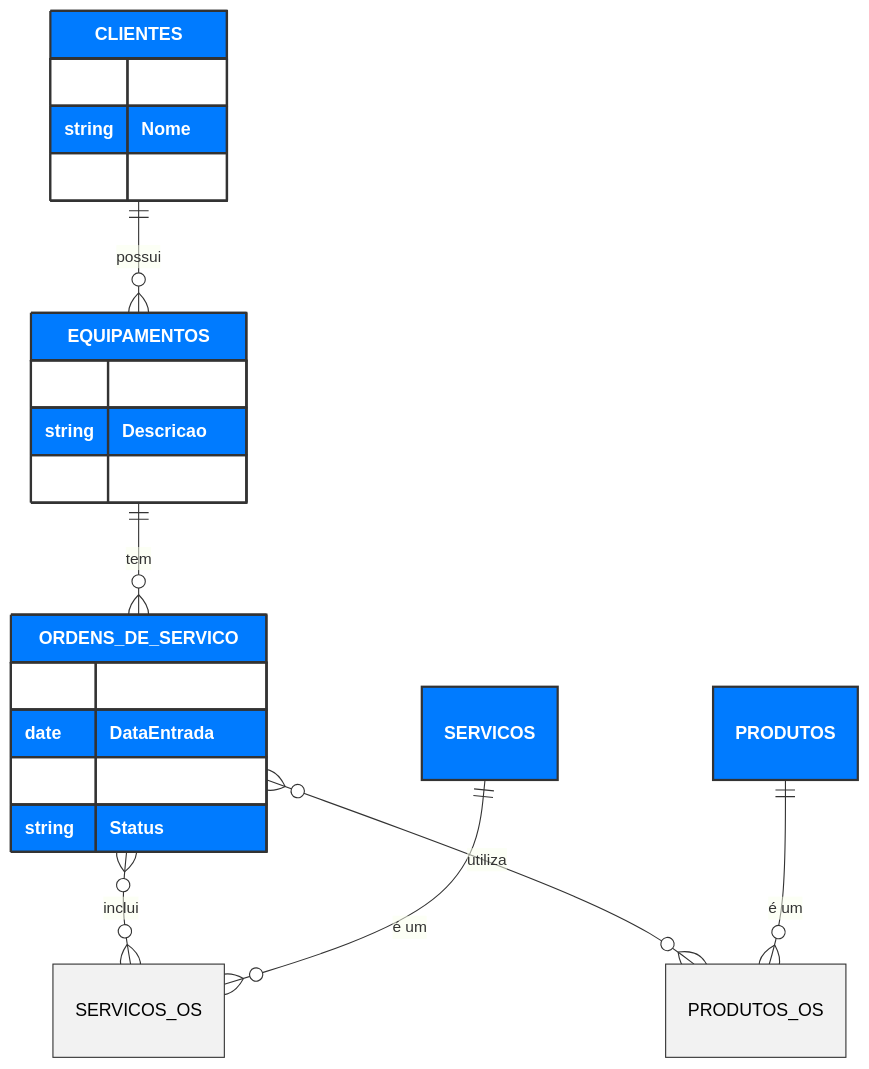
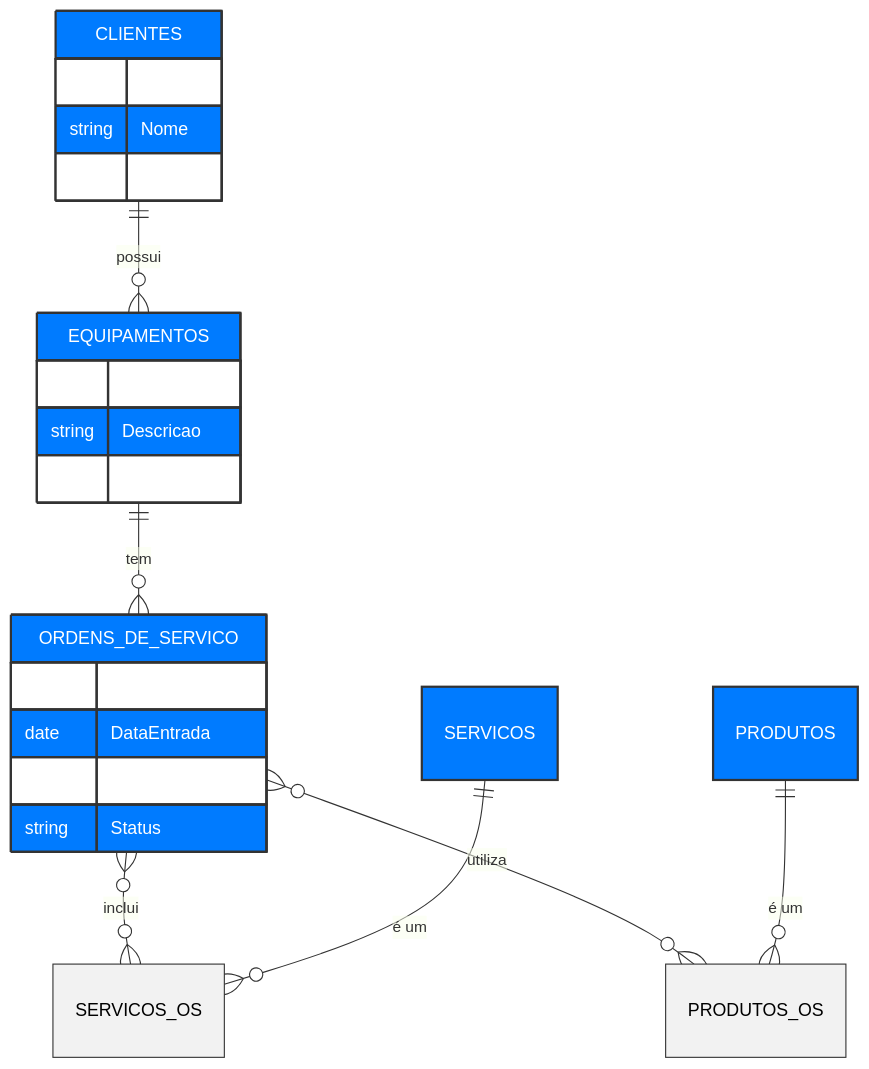
One commit to Naasso/Sistema-de-Gest-o-Empresarial-Full-Stack changed the second of 3 diagrams in README.md. Above: the diagram before and after it, drawn with Mermaid.

````diff
--- a/README.md
+++ b/README.md
@@ -118,36 +118,36 @@
 ```mermaid
 erDiagram
     CLIENTES ||--o{ EQUIPAMENTOS : "possui"
     EQUIPAMENTOS ||--o{ ORDENS_DE_SERVICO : "tem"
     
     ORDENS_DE_SERVICO }o--o{ SERVICOS_OS : "inclui"
     SERVICOS ||--o{ SERVICOS_OS : "é um"
 
     ORDENS_DE_SERVICO }o--o{ PRODUTOS_OS : "utiliza"
     PRODUTOS ||--o{ PRODUTOS_OS : "é um"
 
     CLIENTES {
         int ID
         string Nome
         string Telefone
     }
     EQUIPAMENTOS {
         int ID
         string Descricao
         string NumeroSerie
     }
     ORDENS_DE_SERVICO {
         int ID
         date DataEntrada
         string DefeitoRelatado
         string Status
     }
 
-    %% Definição de Estilos
-    classDef mainEntity fill:#007bff,stroke:#333,stroke-width:2px,color:white,font-weight:bold
+    %% Definição de Estilos Corrigida
+    classDef mainEntity fill:#007bff,stroke:#333,stroke-width:2px,color:white,headerBkg:#007bff,headerColor:white,oddBkg:#ffffff,evenBkg:#ffffff
     classDef linkingEntity fill:#f2f2f2,stroke:#333,stroke-width:1px,color:black
 
     %% Aplicação dos Estilos
     class CLIENTES,EQUIPAMENTOS,ORDENS_DE_SERVICO,SERVICOS,PRODUTOS mainEntity
     class SERVICOS_OS,PRODUTOS_OS linkingEntity
 ```
````
